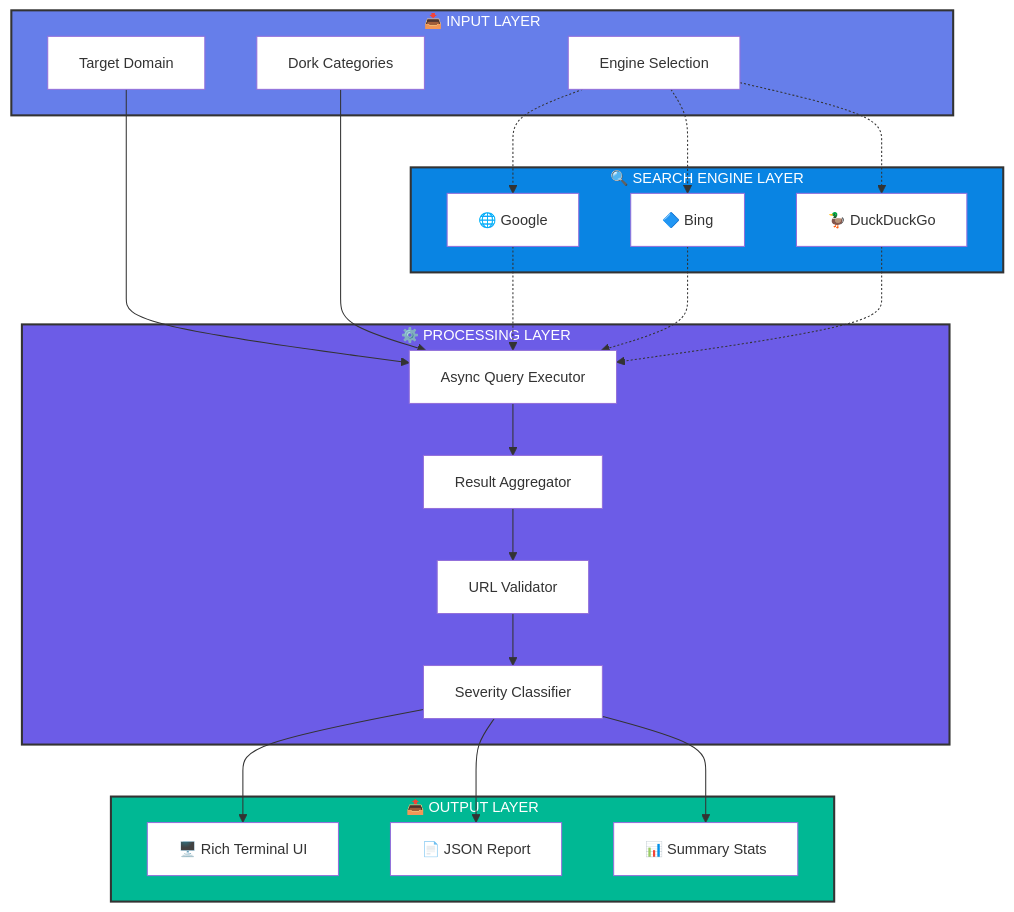
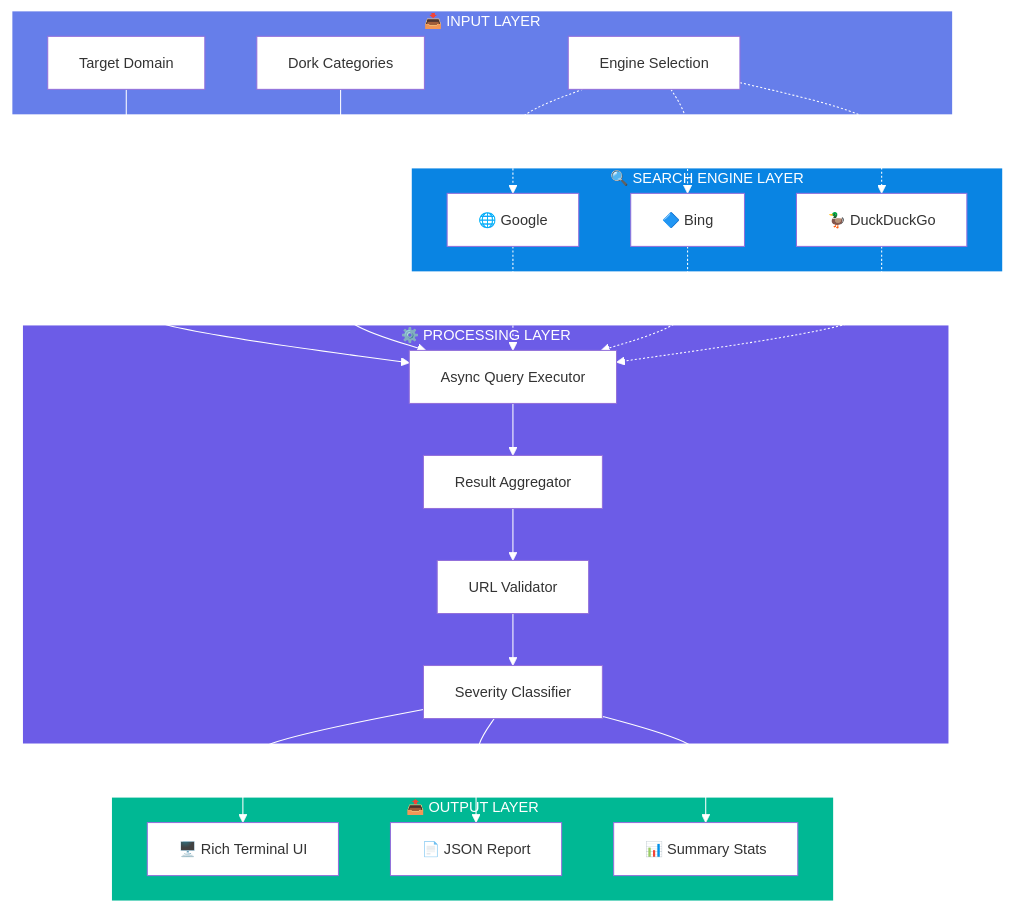
One commit to mizazhaider-ceh/Web-Security-Google-Dorking changed the fifth of 7 diagrams in README.md. Above: the diagram before and after it, drawn with Mermaid. The commit also changed other lines of this file, not shown here.

````diff
--- a/README.md
+++ b/README.md
@@ -275,42 +275,42 @@
 ```mermaid
-%%{init: {'theme':'default', 'themeVariables': { 'background':'#ffffff','mainBkg':'#ffffff','secondaryBkg':'#ffffff','tertiaryBkg':'#ffffff','clusterBkg':'#ffffff','fontSize':'14px'}}}%%
+%%{init: {'theme':'default', 'themeVariables': { 'background':'#ffffff','mainBkg':'#ffffff','secondaryBkg':'#ffffff','tertiaryBkg':'#ffffff','clusterBkg':'#ffffff','fontSize':'14px','lineColor':'#ffffff','edgeLabelBackground':'#667eea','clusterBorder':'#ffffff'}}}%%
 graph TB
     subgraph Input["📥 INPUT LAYER"]
         A[Target Domain]
         B[Dork Categories]
         C[Engine Selection]
     end
     
     subgraph Engines["🔍 SEARCH ENGINE LAYER"]
         D[🌐 Google]
         E[🔷 Bing]
         F[🦆 DuckDuckGo]
     end
     
     subgraph Processing["⚙️ PROCESSING LAYER"]
         G[Async Query Executor]
         H[Result Aggregator]
         I[URL Validator]
         J[Severity Classifier]
     end
     
     subgraph Output["📤 OUTPUT LAYER"]
         K[🖥️ Rich Terminal UI]
         L[📄 JSON Report]
         M[📊 Summary Stats]
     end
     
     A --> G
     B --> G
     C -.-> D & E & F
     D & E & F -.-> G
     G --> H
     H --> I
     I --> J
     J --> K & L & M
     
-    style Input fill:#667eea,stroke:#333,stroke-width:2px,color:#fff
-    style Engines fill:#0984e3,stroke:#333,stroke-width:2px,color:#fff
-    style Processing fill:#6c5ce7,stroke:#333,stroke-width:2px,color:#fff
-    style Output fill:#00b894,stroke:#333,stroke-width:2px,color:#fff
+    style Input fill:#667eea,stroke:#ffffff,stroke-width:2px,color:#fff
+    style Engines fill:#0984e3,stroke:#ffffff,stroke-width:2px,color:#fff
+    style Processing fill:#6c5ce7,stroke:#ffffff,stroke-width:2px,color:#fff
+    style Output fill:#00b894,stroke:#ffffff,stroke-width:2px,color:#fff
 ```
````
